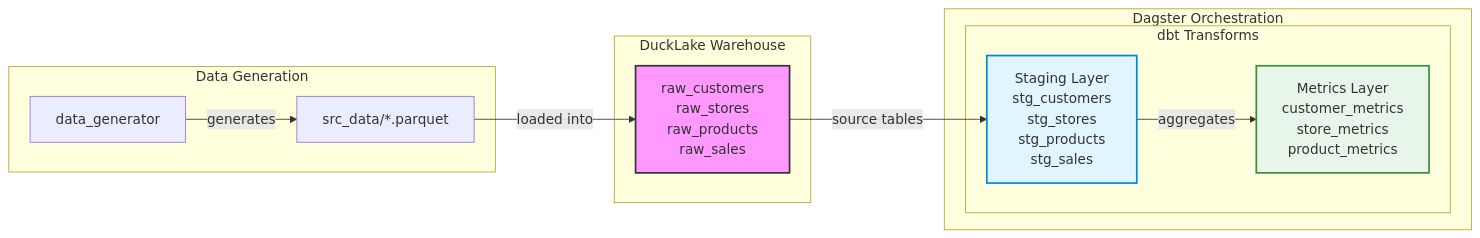
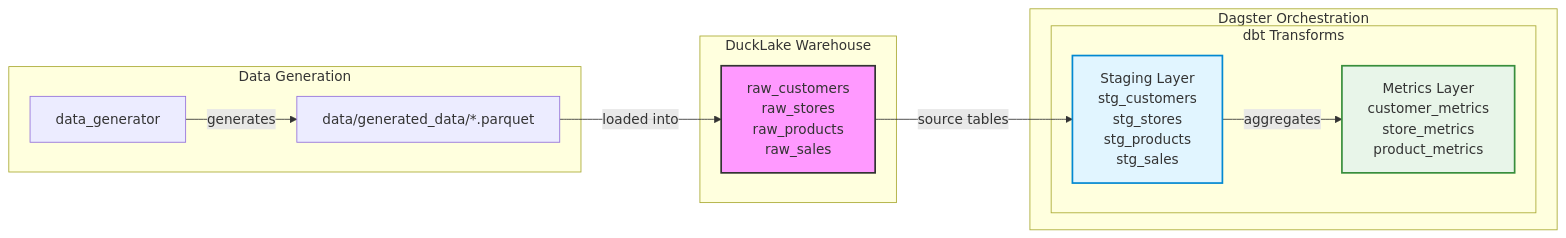
One commit to adammarples/testbed changed the diagram in README.md. Above: the diagram before and after it, drawn with Mermaid. The commit also changed 11 other files, not shown here.

````diff
--- a/README.md
+++ b/README.md
@@ -39,27 +39,27 @@
 ```mermaid
 graph LR
     subgraph "Data Generation"
         A[data_generator]
-        B[src_data/*.parquet]
+        B[data/generated_data/*.parquet]
     end
 
     subgraph "DuckLake Warehouse"
         C[raw_customers<br/>raw_stores<br/>raw_products<br/>raw_sales]
     end
 
     subgraph "Dagster Orchestration"
         subgraph "dbt Transforms"
             D[Staging Layer<br/>stg_customers<br/>stg_stores<br/>stg_products<br/>stg_sales]
             E[Metrics Layer<br/>customer_metrics<br/>store_metrics<br/>product_metrics]
         end
     end
 
     A -->|generates| B
     B -->|loaded into| C
     C -->|source tables| D
     D -->|aggregates| E
 
     style C fill:#f9f,stroke:#333,stroke-width:2px
     style D fill:#e1f5ff,stroke:#0288d1,stroke-width:2px
     style E fill:#e8f5e9,stroke:#388e3c,stroke-width:2px
 ```
````
